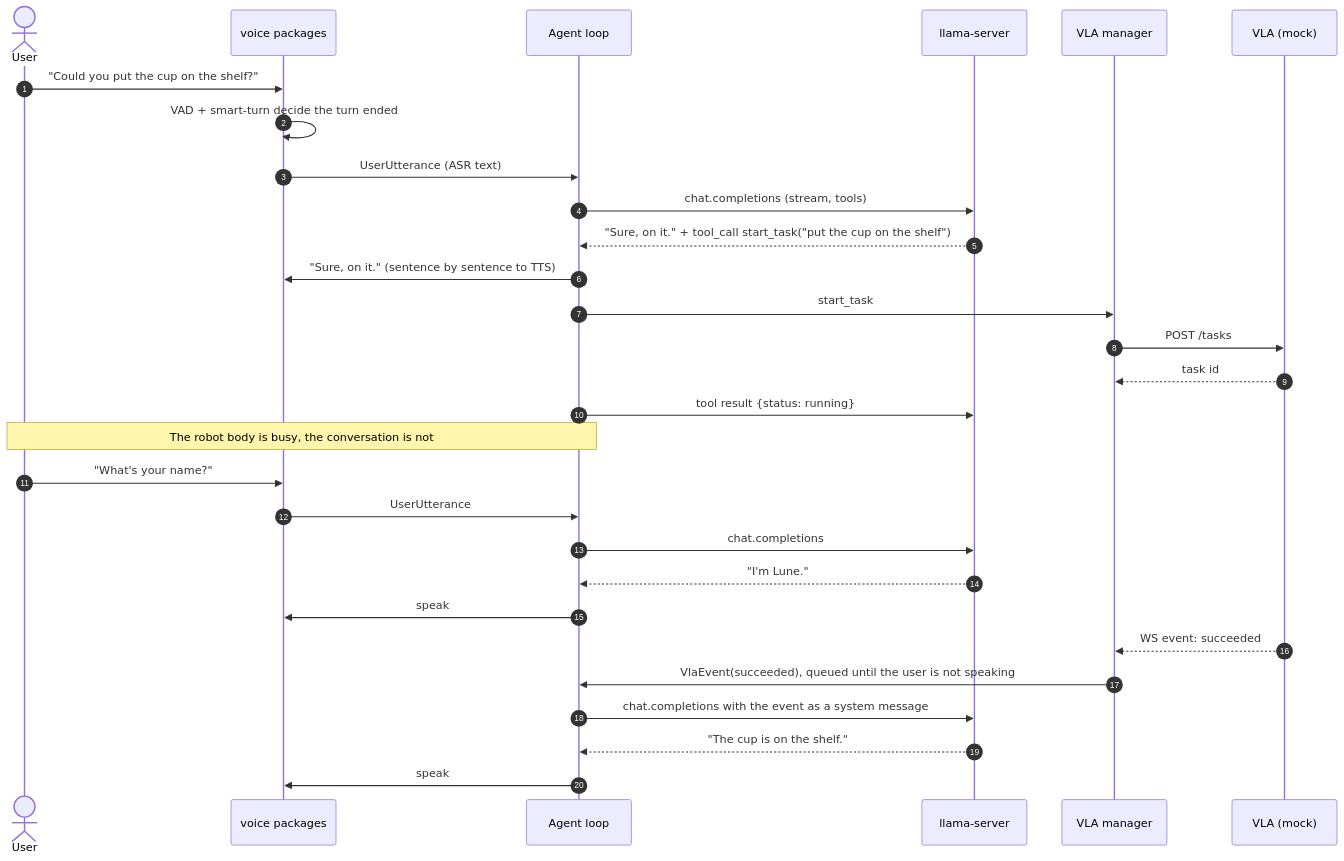
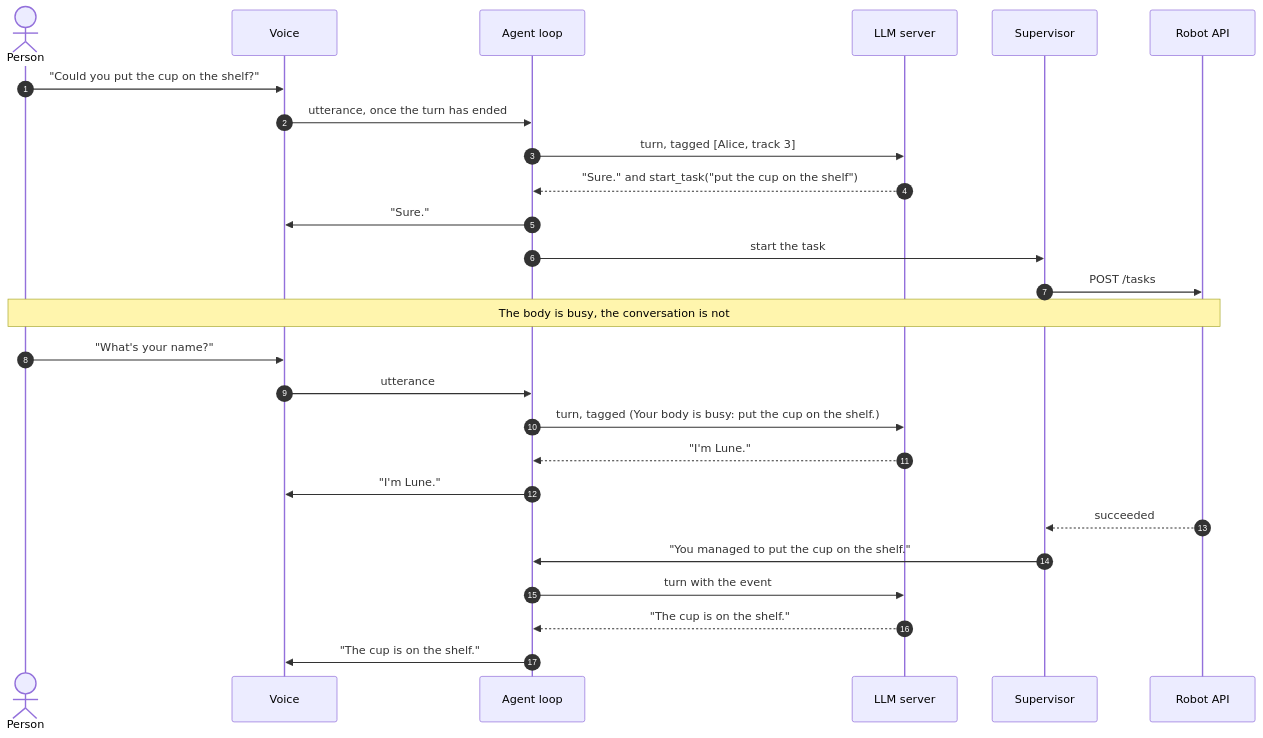
The eighth of 9 diagrams in docs/ARCHITECTURE.md (lokiledev/robot-voice-agent), drawn with Mermaid before and after one commit. The commit also changed other lines of this file and 1 other file, not shown here.

First line of the commit message:
Lead the README with what Lune does, and zoom into the architecture by level

````diff
--- a/docs/ARCHITECTURE.md
+++ b/docs/ARCHITECTURE.md
@@ -89,32 +269,29 @@
 ```mermaid
 sequenceDiagram
     autonumber
-    actor U as User
-    participant V as voice packages
+    actor U as Person
+    participant V as Voice
     participant A as Agent loop
-    participant L as llama-server
-    participant M as VLA manager
-    participant R as VLA (mock)
+    participant L as LLM server
+    participant S as Supervisor
+    participant R as Robot API
 
     U->>V: "Could you put the cup on the shelf?"
-    V->>V: VAD + smart-turn decide the turn ended
-    V->>A: UserUtterance (ASR text)
-    A->>L: chat.completions (stream, tools)
-    L-->>A: "Sure, on it." + tool_call start_task("put the cup on the shelf")
-    A->>V: "Sure, on it." (sentence by sentence to TTS)
-    A->>M: start_task
-    M->>R: POST /tasks
-    R-->>M: task id
-    A->>L: tool result {status: running}
-    Note over U,A: The robot body is busy, the conversation is not
+    V->>A: utterance, once the turn has ended
+    A->>L: turn, tagged [Alice, track 3]
+    L-->>A: "Sure." and start_task("put the cup on the shelf")
+    A->>V: "Sure."
+    A->>S: start the task
+    S->>R: POST /tasks
+    Note over U,R: The body is busy, the conversation is not
     U->>V: "What's your name?"
-    V->>A: UserUtterance
-    A->>L: chat.completions
+    V->>A: utterance
+    A->>L: turn, tagged (Your body is busy: put the cup on the shelf.)
     L-->>A: "I'm Lune."
-    A->>V: speak
-    R-->>M: WS event: succeeded
-    M->>A: VlaEvent(succeeded), queued until the user is not speaking
-    A->>L: chat.completions with the event as a system message
+    A->>V: "I'm Lune."
+    R-->>S: succeeded
+    S->>A: "You managed to put the cup on the shelf."
+    A->>L: turn with the event
     L-->>A: "The cup is on the shelf."
-    A->>V: speak
+    A->>V: "The cup is on the shelf."
 ```
````
